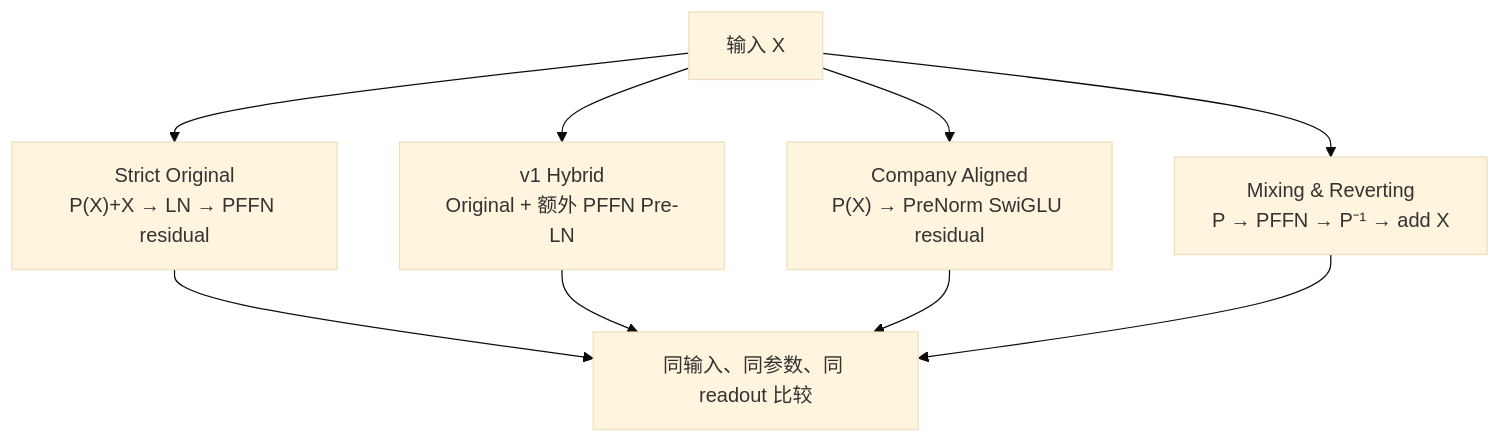
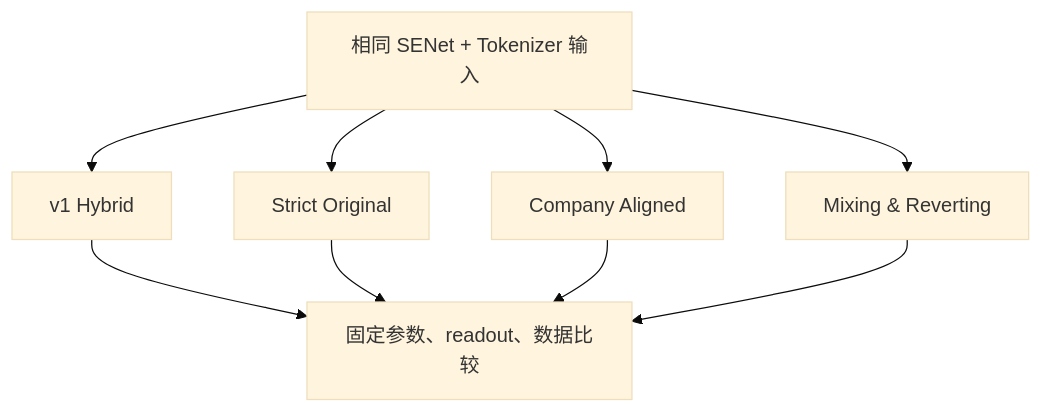
Before and after one commit to Bolt00Y/RAS: the sixth of 9 diagrams in rankmixer/CVR_RankMixer_全量改进方案_按模块分类.md, drawn with Mermaid (base theme). The commit also changed other lines of this file and 4 other files, not shown here.

```diff
--- a/rankmixer/CVR_RankMixer_全量改进方案_按模块分类.md
+++ b/rankmixer/CVR_RankMixer_全量改进方案_按模块分类.md
@@ -650,12 +755,11 @@
 ~~~mermaid
 flowchart TB
-    X["输入 X"] --> O["Strict Original<br/>P(X)+X → LN → PFFN residual"]
-    X --> V["v1 Hybrid<br/>Original + 额外 PFFN Pre-LN"]
-    X --> A["Company Aligned<br/>P(X) → PreNorm SwiGLU residual"]
-    X --> R["Mixing & Reverting<br/>P → PFFN → P⁻¹ → add X"]
-
-    O --> C["同输入、同参数、同 readout 比较"]
-    V --> C
+    X["相同 SENet + Tokenizer 输入"] --> V["v1 Hybrid"]
+    X --> O["Strict Original"]
+    X --> A["Company Aligned"]
+    X --> R["Mixing & Reverting"]
+    V --> C["固定参数、readout、数据比较"]
+    O --> C
     A --> C
     R --> C
 ~~~
```
